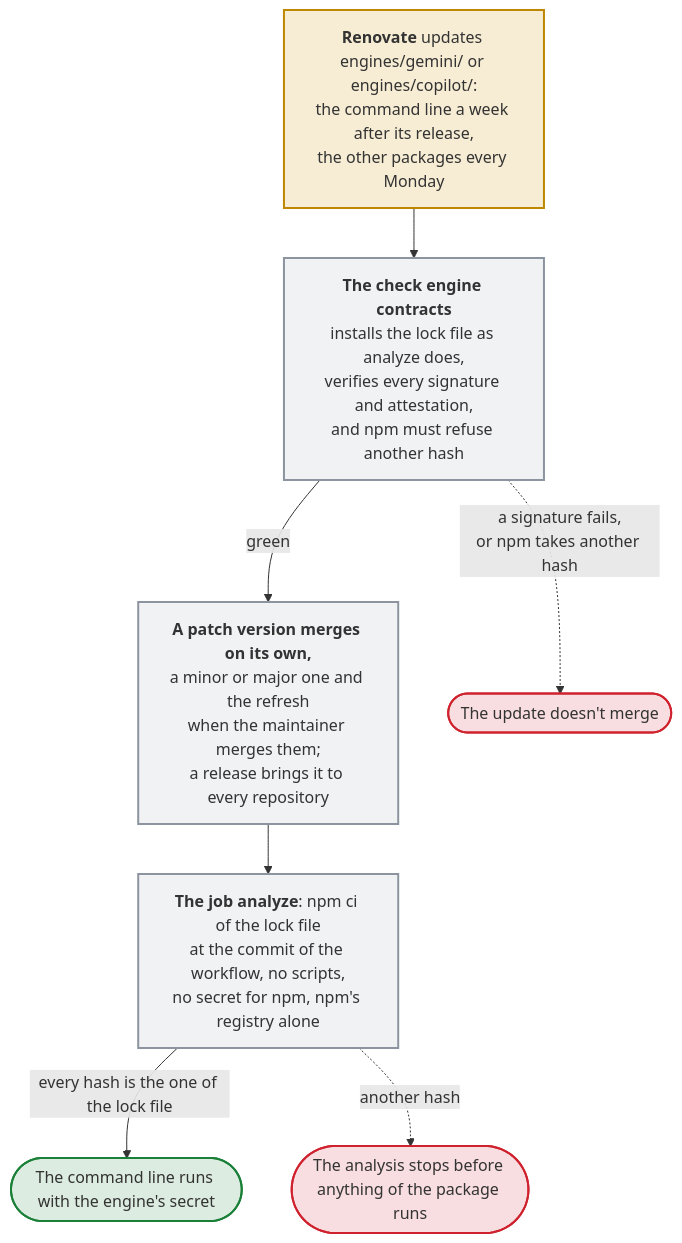
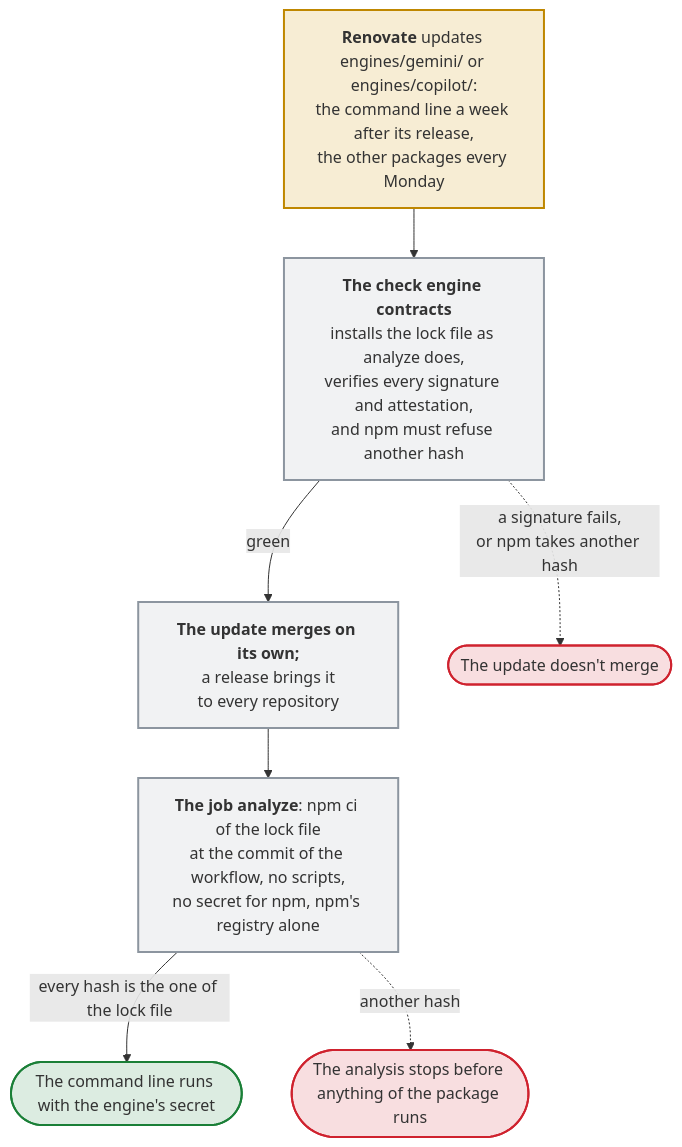
One commit to Dennis-Otto/issue-assistant changed the diagram in docs/diagrams/how-the-packages-of-gemini-and-copilot-reach-the-job-analyze.mmd. Above: the diagram before and after it, drawn with Mermaid. The commit also changed 25 other files, not shown here.

First line of the commit message:
ci(deps): every update of an engine merges on its own once its checks and the Canary pass (#341)

```diff
--- a/docs/diagrams/how-the-packages-of-gemini-and-copilot-reach-the-job-analyze.mmd
+++ b/docs/diagrams/how-the-packages-of-gemini-and-copilot-reach-the-job-analyze.mmd
@@ -1,23 +1,23 @@
 flowchart TB
   accTitle: How the packages of Gemini and Copilot reach the job analyze
-  accDescr: Renovate updates the lock file of the Gemini CLI or the Copilot CLI in engines/, the command line a week after its release and the other packages every Monday, each package at one version with its SHA-512 hash. The check engine contracts of the pull request installs the lock file as analyze does, verifies the signature of npm's registry of every package and the attestations of those that have them, and makes sure that npm refuses another hash; a failure keeps the update from merging. A patch version merges on its own once every required check passed, a minor or major version and the refresh of the other packages when the maintainer merges them, and a release brings it to every repository. In the job analyze, the checkout of the issue assistant at the commit of the workflow holds the lock file, and npm ci installs it in a folder of the run, without the scripts of the packages and without the engine's secret, from npm's registry alone. A package whose hash isn't the one of the lock file stops the analysis before anything of it runs; otherwise the command line runs with the engine's secret.
+  accDescr: Renovate updates the lock file of the Gemini CLI or the Copilot CLI in engines/, the command line a week after its release and the other packages every Monday, each package at one version with its SHA-512 hash. The check engine contracts of the pull request installs the lock file as analyze does, verifies the signature of npm's registry of every package and the attestations of those that have them, and makes sure that npm refuses another hash; a failure keeps the update from merging. Otherwise the update merges on its own, and a release brings it to every repository. In the job analyze, the checkout of the issue assistant at the commit of the workflow holds the lock file, and npm ci installs it in a folder of the run, without the scripts of the packages and without the engine's secret, from npm's registry alone. A package whose hash isn't the one of the lock file stops the analysis before anything of it runs; otherwise the command line runs with the engine's secret.
   renovate["`**Renovate** updates engines/gemini/ or engines/copilot/:<br>the command line a week after its release,<br>the other packages every Monday`"]
   check["`**The check engine contracts**<br>installs the lock file as analyze does,<br>verifies every signature and attestation,<br>and npm must refuse another hash`"]
-  merge["`**A patch version merges on its own,**<br>a minor or major one and the refresh<br>when the maintainer merges them;<br>a release brings it to every repository`"]
+  merge["`**The update merges on its own;**<br>a release brings it<br>to every repository`"]
   analyze["`**The job analyze**: npm ci of the lock file<br>at the commit of the workflow, no scripts,<br>no secret for npm, npm's registry alone`"]
   runs(["The command line runs with the engine's secret"])
   waits(["The update doesn't merge"])
   stops(["The analysis stops before anything of the package runs"])
   renovate --> check
   check -- "green" --> merge --> analyze
   analyze -- "every hash is the one of the lock file" --> runs
   check -. "a signature fails,<br>or npm takes another hash" .-> waits
   analyze -. "another hash" .-> stops
   classDef trigger fill:#d4a72c33,stroke:#bf8700,stroke-width:2px
   classDef job fill:#8c959f1f,stroke:#8c959f,stroke-width:2px
   classDef safe fill:#1a7f3726,stroke:#1a7f37,stroke-width:2px
   classDef stop fill:#cf222e26,stroke:#cf222e,stroke-width:2px
   class renovate trigger
   class check,merge,analyze job
   class runs safe
   class waits,stops stop
```
